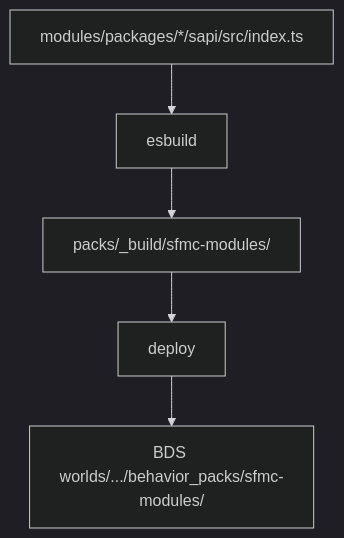
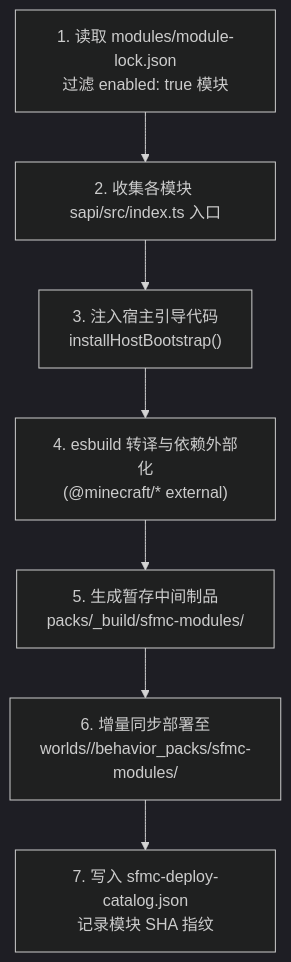
One commit to DogeLakeDev/ScriptsForMinecraftServer changed the diagram in docs/zh/dev/build-pipeline.md. Above: the diagram before and after it, drawn with Mermaid (dark theme). The commit also changed other lines of this file and 17 other files, not shown here.

````diff
--- a/docs/zh/dev/build-pipeline.md
+++ b/docs/zh/dev/build-pipeline.md
@@ -7,7 +13,9 @@
 ```mermaid
-flowchart TB
-  src["modules/packages/*/sapi/src/index.ts"] --> esbuild[esbuild]
-  esbuild --> build["packs/_build/sfmc-modules/"]
-  build --> deploy[deploy]
-  deploy --> world["BDS worlds/.../behavior_packs/sfmc-modules/"]
+flowchart TD
+  Lock["1. 读取 modules/module-lock.json<br/>过滤 enabled: true 模块"] --> Collect["2. 收集各模块 sapi/src/index.ts 入口"]
+  Collect --> Banner["3. 注入宿主引导代码<br/>installHostBootstrap()"]
+  Banner --> Esbuild["4. esbuild 转译与依赖外部化<br/>(@minecraft/* external)"]
+  Esbuild --> BuildOut["5. 生成暂存中间制品<br/>packs/_build/sfmc-modules/"]
+  BuildOut --> Deploy["6. 增量同步部署至<br/>worlds/<level>/behavior_packs/sfmc-modules/"]
+  Deploy --> Catalog["7. 写入 sfmc-deploy-catalog.json<br/>记录模块 SHA 指纹"]
 ```
````
